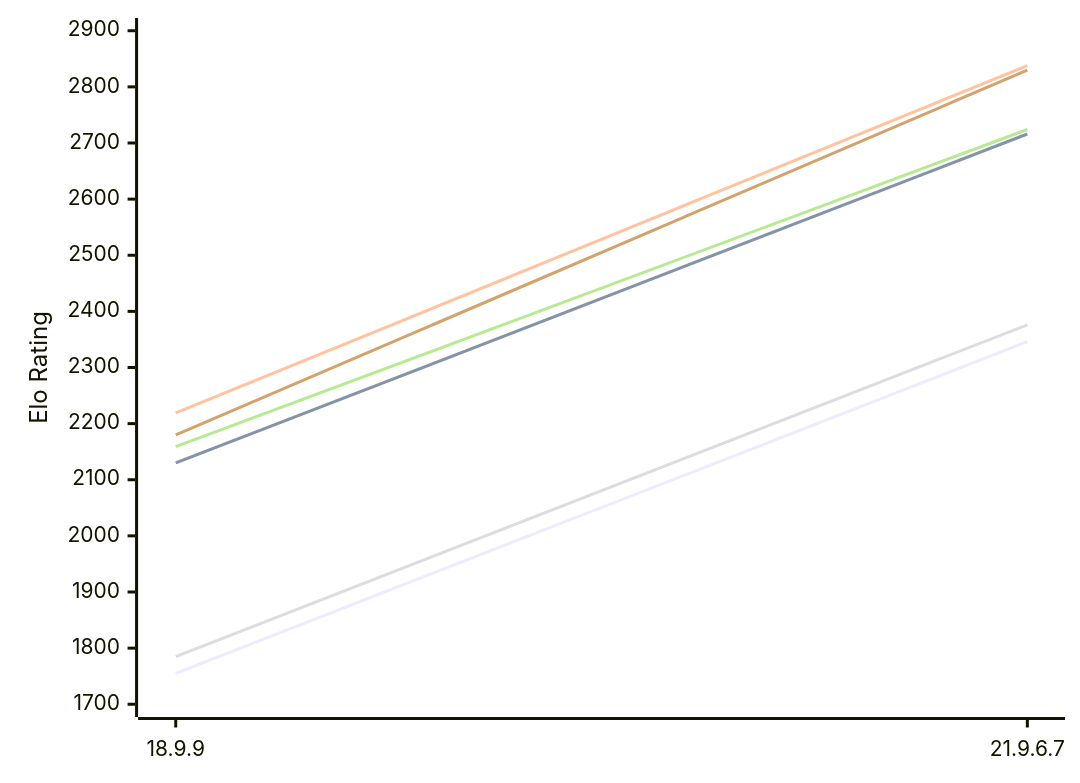
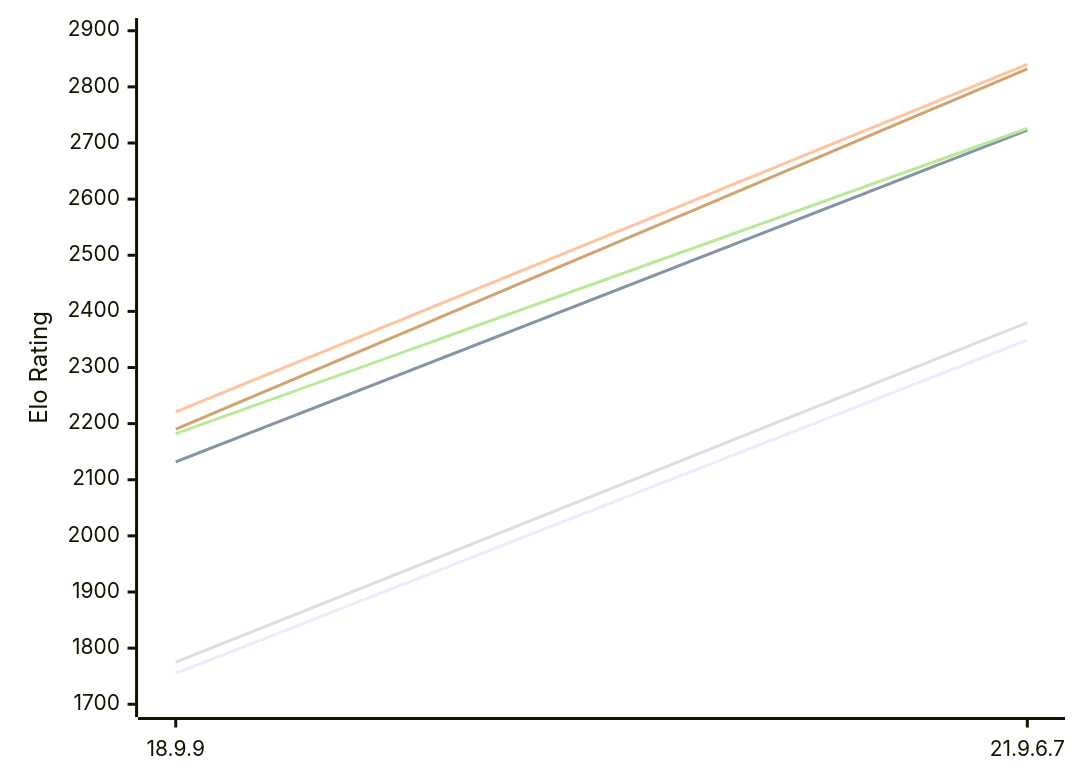
The diagram in engines/RuthIron.md (computer-chess-index/cci), drawn with Mermaid before and after one commit. The commit also changed other lines of this file, not shown here.

Commit message:
Update CCI Ratings (ELO VLTC) - 2026-11-20

````diff
--- a/engines/RuthIron.md
+++ b/engines/RuthIron.md
@@ -49,12 +49,12 @@
 ```mermaid
 %%{init: {"theme":"base","themeVariables":{"seriesColors:['#a3a3a3','#222221','#faa371']}}}%%
 xychart-beta
   x-axis ["18.9.9", "21.9.6.7"]
   y-axis "Elo Rating" 1700 --> 2900
-  line "E1: STC (8.0+0.08s)" [1755, 2346]
-  line "E1: LTC (60.0+0.60s)" [2130, 2716]
-  line "E1: VLTC (2m24s+1.12s)" [2219, 2838]
-  line "P1: STC (8.0+0.08s)" [1785, 2376]
-  line "P1: LTC (60.0+0.60s)" [2159, 2724]
-  line "P1: VLTC (2m24s+1.12s)" [2180, 2830]
+  line "E1: STC (8.0+0.08s)" [1755, 2349]
+  line "E1: LTC (60.0+0.60s)" [2132, 2723]
+  line "E1: VLTC (2m24s+1.12s)" [2221, 2840]
+  line "P1: STC (8.0+0.08s)" [1775, 2380]
+  line "P1: LTC (60.0+0.60s)" [2182, 2726]
+  line "P1: VLTC (2m24s+1.12s)" [2190, 2832]
 ```
````
